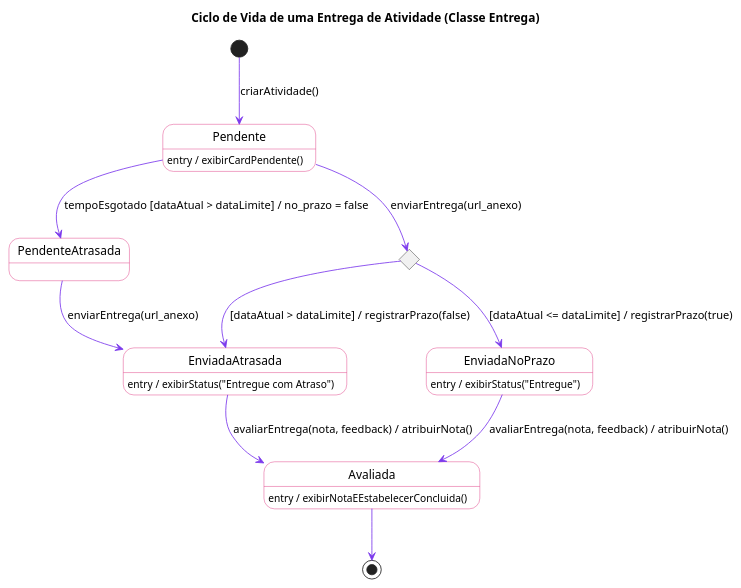
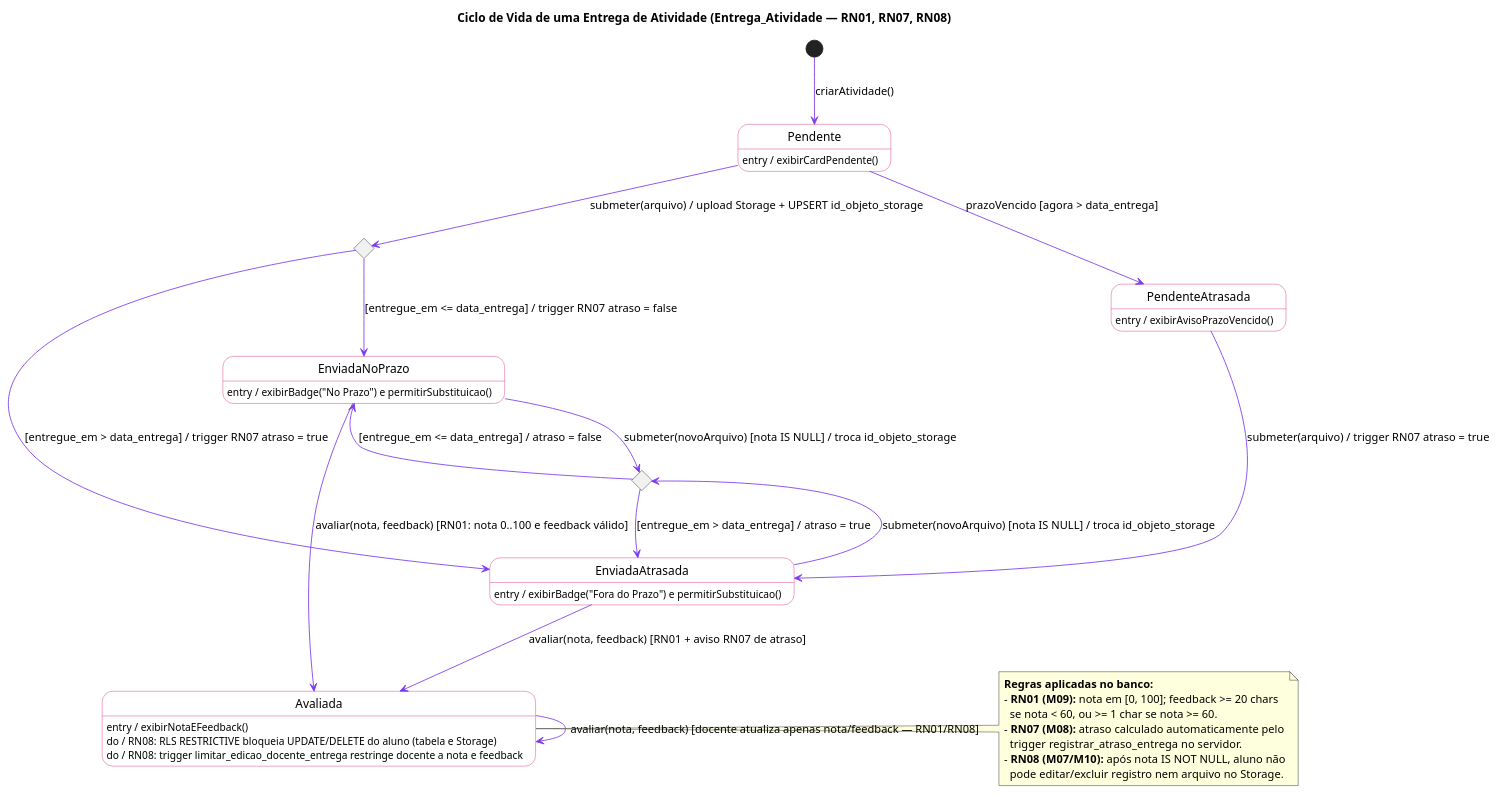
Before and after one commit to NexusMindCorp/NexusClass: the diagram in out/diagramas/diagrama_estados_entrega.puml, drawn with PlantUML. The commit also changed 8 other files, not shown here.

First line of the commit message:
feat: update state diagrams for doubt and delivery cycles, enhance ER model, and consolidate session report

```diff
--- a/out/diagramas/diagrama_estados_entrega.puml
+++ b/out/diagramas/diagrama_estados_entrega.puml
@@ -1,37 +1,57 @@
 @startuml
 skinparam handwritten false
 skinparam state {
     BackgroundColor White
     ArrowColor #7C3AED
     BorderColor #DB2777
     FontName Arial
 }
 
-title Ciclo de Vida de uma Entrega de Atividade (Classe Entrega)
+title Ciclo de Vida de uma Entrega de Atividade (Entrega_Atividade — RN01, RN07, RN08)
 
 state Pendente
 state PendenteAtrasada
 state EnviadaNoPrazo
 state EnviadaAtrasada
 state Avaliada
-state choice1 <<choice>>
+state choicePrazo <<choice>>
+state choiceReenvio <<choice>>
 
 [*] --> Pendente : criarAtividade()
 
-Pendente --> choice1 : enviarEntrega(url_anexo)
-choice1 --> EnviadaNoPrazo : [dataAtual <= dataLimite] / registrarPrazo(true)
-choice1 --> EnviadaAtrasada : [dataAtual > dataLimite] / registrarPrazo(false)
+Pendente --> choicePrazo : submeter(arquivo) / upload Storage + UPSERT id_objeto_storage
+choicePrazo --> EnviadaNoPrazo : [entregue_em <= data_entrega] / trigger RN07 atraso = false
+choicePrazo --> EnviadaAtrasada : [entregue_em > data_entrega] / trigger RN07 atraso = true
 
-Pendente --> PendenteAtrasada : tempoEsgotado [dataAtual > dataLimite] / no_prazo = false
-PendenteAtrasada --> EnviadaAtrasada : enviarEntrega(url_anexo)
+Pendente --> PendenteAtrasada : prazoVencido [agora > data_entrega]
+PendenteAtrasada --> EnviadaAtrasada : submeter(arquivo) / trigger RN07 atraso = true
 
-EnviadaNoPrazo --> Avaliada : avaliarEntrega(nota, feedback) / atribuirNota()
-EnviadaAtrasada --> Avaliada : avaliarEntrega(nota, feedback) / atribuirNota()
+EnviadaNoPrazo --> choiceReenvio : submeter(novoArquivo) [nota IS NULL] / troca id_objeto_storage
+EnviadaAtrasada --> choiceReenvio : submeter(novoArquivo) [nota IS NULL] / troca id_objeto_storage
+choiceReenvio --> EnviadaNoPrazo : [entregue_em <= data_entrega] / atraso = false
+choiceReenvio --> EnviadaAtrasada : [entregue_em > data_entrega] / atraso = true
+
+EnviadaNoPrazo --> Avaliada : avaliar(nota, feedback) [RN01: nota 0..100 e feedback válido]
+EnviadaAtrasada --> Avaliada : avaliar(nota, feedback) [RN01 + aviso RN07 de atraso]
 
 Pendente : entry / exibirCardPendente()
-EnviadaNoPrazo : entry / exibirStatus("Entregue")
-EnviadaAtrasada : entry / exibirStatus("Entregue com Atraso")
-Avaliada : entry / exibirNotaEEstabelecerConcluida()
+PendenteAtrasada : entry / exibirAvisoPrazoVencido()
+EnviadaNoPrazo : entry / exibirBadge("No Prazo") e permitirSubstituicao()
+EnviadaAtrasada : entry / exibirBadge("Fora do Prazo") e permitirSubstituicao()
+Avaliada : entry / exibirNotaEFeedback()
+Avaliada : do / RN08: RLS RESTRICTIVE bloqueia UPDATE/DELETE do aluno (tabela e Storage)
+Avaliada : do / RN08: trigger limitar_edicao_docente_entrega restringe docente a nota e feedback
 
-Avaliada --> [*]
+Avaliada --> Avaliada : avaliar(nota, feedback) [docente atualiza apenas nota/feedback — RN01/RN08]
+
+note right of Avaliada
+  **Regras aplicadas no banco:**
+  - **RN01 (M09):** nota em [0, 100]; feedback >= 20 chars
+    se nota < 60, ou >= 1 char se nota >= 60.
+  - **RN07 (M08):** atraso calculado automaticamente pelo
+    trigger registrar_atraso_entrega no servidor.
+  - **RN08 (M07/M10):** após nota IS NOT NULL, aluno não
+    pode editar/excluir registro nem arquivo no Storage.
+end note
+
 @enduml
```
